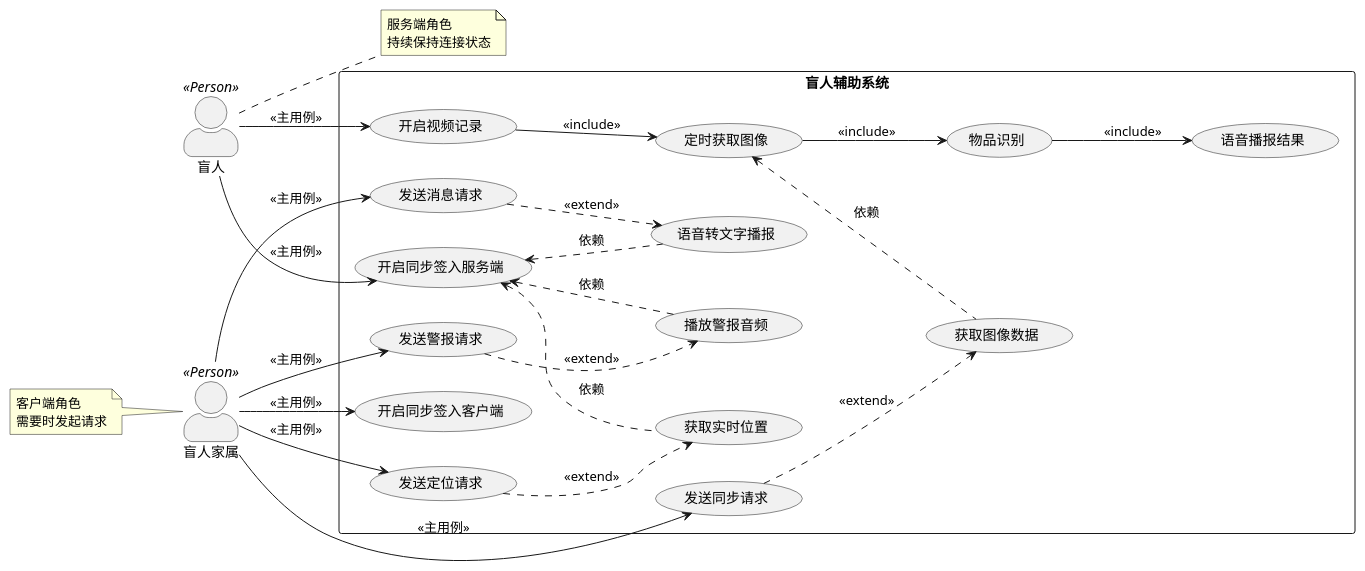
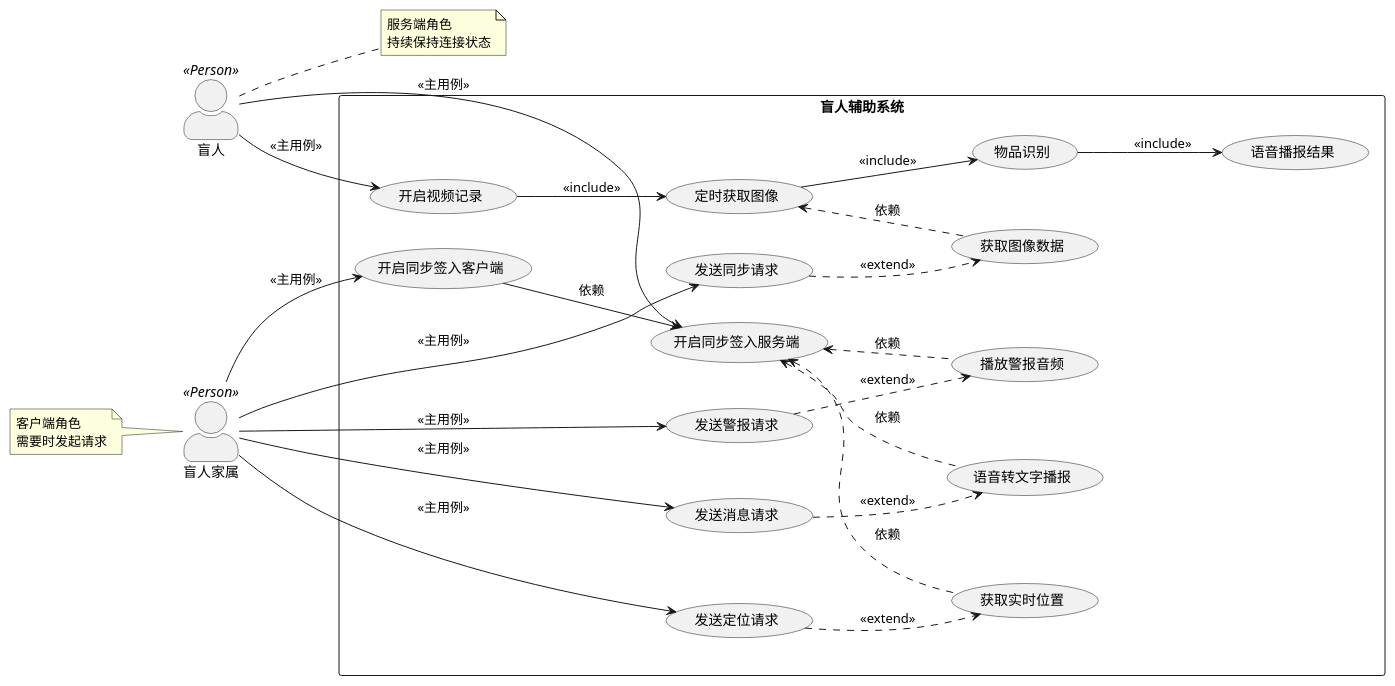
One commit to Varecia/EL-competition-project changed the diagram in docs/usecases.puml. Above: the diagram before and after it, drawn with PlantUML. The commit also changed 2 other files, not shown here.

Commit message:
添加了构件图和类图

```diff
--- a/docs/usecases.puml
+++ b/docs/usecases.puml
@@ -1,41 +1,42 @@
 @startuml
 left to right direction
 skinparam actorStyle awesome
 
 actor "盲人" as BlindUser <<Person>>
 actor "盲人家属" as Family <<Person>>
 
 rectangle "盲人辅助系统" {
     BlindUser --> (开启同步签入服务端) : <<主用例>>
     BlindUser --> (开启视频记录) : <<主用例>>
     (开启视频记录) --> (定时获取图像) : <<include>>
     (定时获取图像) --> (物品识别) : <<include>>
     (物品识别) --> (语音播报结果) : <<include>>
 
     Family --> (开启同步签入客户端) : <<主用例>>
     Family --> (发送定位请求) : <<主用例>>
     Family --> (发送警报请求) : <<主用例>>
     Family --> (发送消息请求) : <<主用例>>
     Family --> (发送同步请求) : <<主用例>>
 
     (发送定位请求) ..> (获取实时位置) : <<extend>>
     (发送警报请求) ..> (播放警报音频) : <<extend>>
     (发送消息请求) ..> (语音转文字播报) : <<extend>>
     (发送同步请求) ..> (获取图像数据) : <<extend>>
 
+    (开启同步签入客户端) --> (开启同步签入服务端) : 依赖
     (获取实时位置) .u.> (开启同步签入服务端) : 依赖
     (播放警报音频) .u.> (开启同步签入服务端) : 依赖
     (语音转文字播报) .u.> (开启同步签入服务端) : 依赖
     (获取图像数据) .u.> (定时获取图像) : 依赖
 }
 
 note right of BlindUser
   服务端角色
   持续保持连接状态
 end note
 
 note left of Family
   客户端角色
   需要时发起请求
 end note
 @enduml
```
